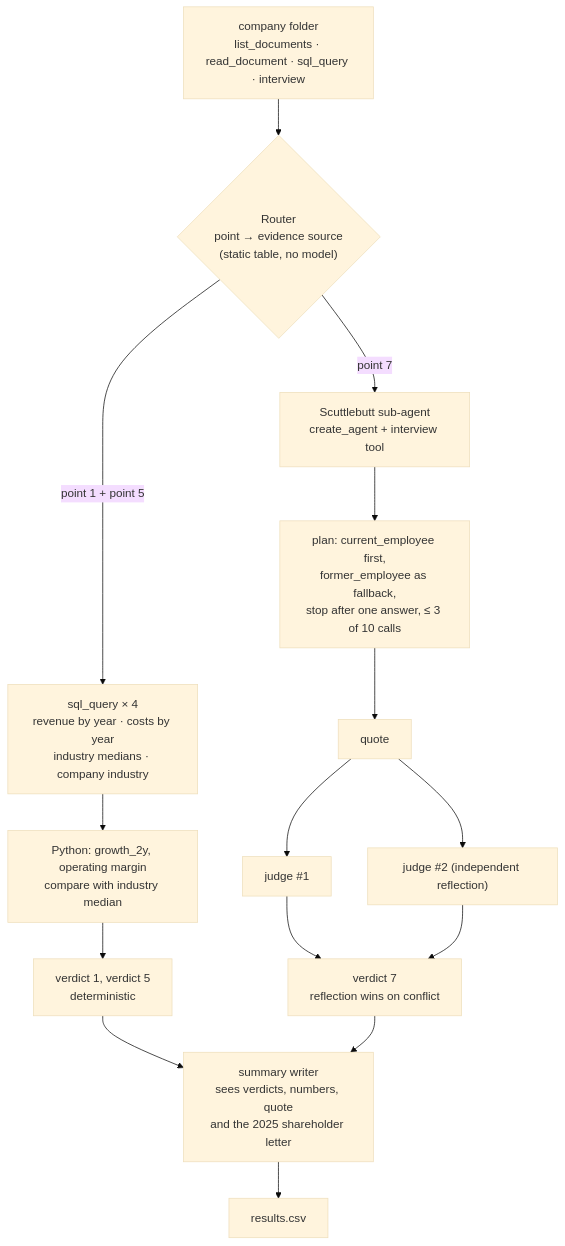
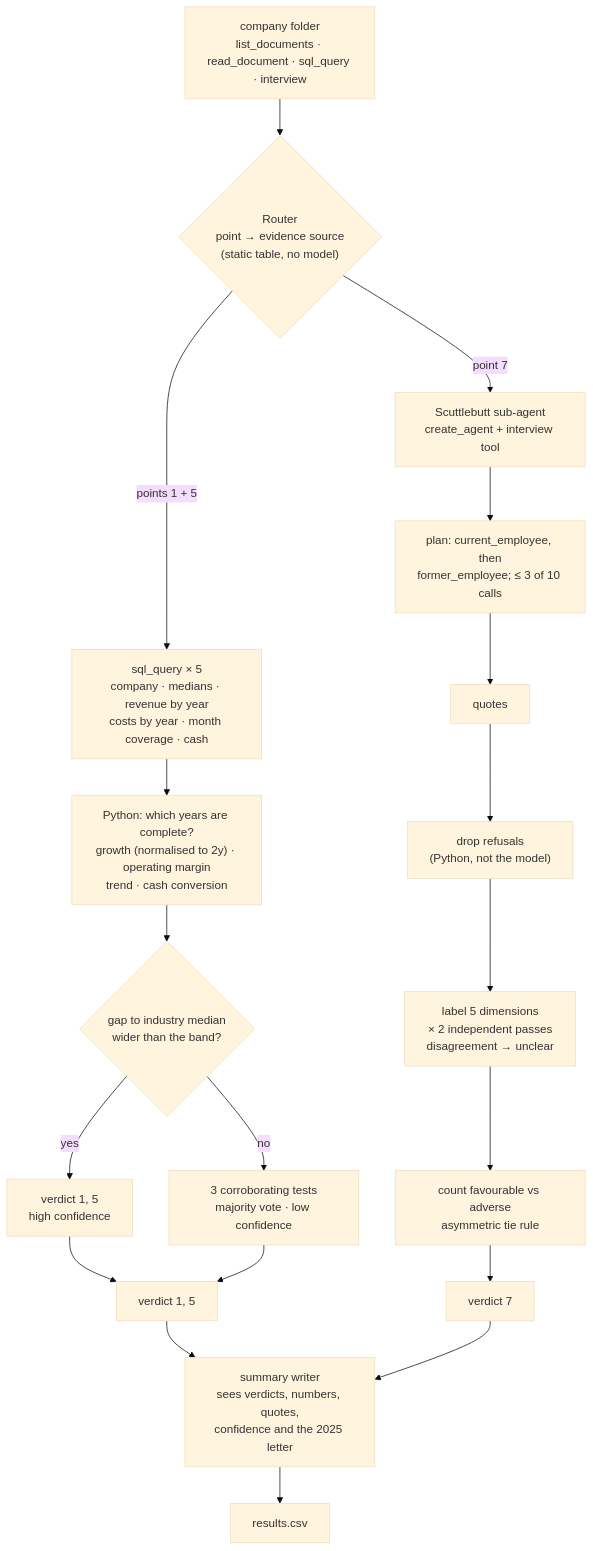
Before and after one commit to liuxingyi305/FTEC5660-HW3: the diagram in README.md, drawn with Mermaid (base theme). The commit also changed other lines of this file and 4 other files, not shown here.

````diff
--- a/README.md
+++ b/README.md
@@ -195,17 +210,21 @@
 ```mermaid
 flowchart TD
     A["company folder<br/>list_documents · read_document · sql_query · interview"] --> B{"Router<br/>point → evidence source<br/>(static table, no model)"}
-    B -->|"point 1 + point 5"| C["sql_query × 4<br/>revenue by year · costs by year<br/>industry medians · company industry"]
-    C --> D["Python: growth_2y, operating margin<br/>compare with industry median"]
-    D --> E["verdict 1, verdict 5<br/>deterministic"]
-    B -->|"point 7"| F["Scuttlebutt sub-agent<br/>create_agent + interview tool"]
-    F --> G["plan: current_employee first,<br/>former_employee as fallback,<br/>stop after one answer, ≤ 3 of 10 calls"]
-    G --> H["quote"]
-    H --> I["judge #1"]
-    H --> J["judge #2 (independent reflection)"]
-    I --> K["verdict 7<br/>reflection wins on conflict"]
-    J --> K
-    E --> L["summary writer<br/>sees verdicts, numbers, quote<br/>and the 2025 shareholder letter"]
-    K --> L
-    L --> M["results.csv"]
+    B -->|"points 1 + 5"| C["sql_query × 5<br/>company · medians · revenue by year<br/>costs by year · month coverage · cash"]
+    C --> D["Python: which years are complete?<br/>growth (normalised to 2y) · operating margin<br/>trend · cash conversion"]
+    D --> E{"gap to industry median<br/>wider than the band?"}
+    E -->|"yes"| F["verdict 1, 5<br/>high confidence"]
+    E -->|"no"| G["3 corroborating tests<br/>majority vote · low confidence"]
+    F --> H["verdict 1, 5"]
+    G --> H
+    B -->|"point 7"| I["Scuttlebutt sub-agent<br/>create_agent + interview tool"]
+    I --> J["plan: current_employee, then<br/>former_employee; ≤ 3 of 10 calls"]
+    J --> K["quotes"]
+    K --> L["drop refusals<br/>(Python, not the model)"]
+    L --> M["label 5 dimensions<br/>× 2 independent passes<br/>disagreement → unclear"]
+    M --> N["count favourable vs adverse<br/>asymmetric tie rule"]
+    N --> O["verdict 7"]
+    H --> P["summary writer<br/>sees verdicts, numbers, quotes,<br/>confidence and the 2025 letter"]
+    O --> P
+    P --> Q["results.csv"]
 ```
````
